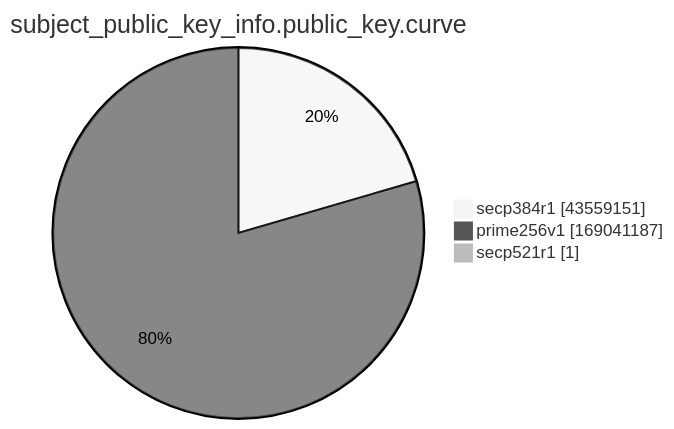
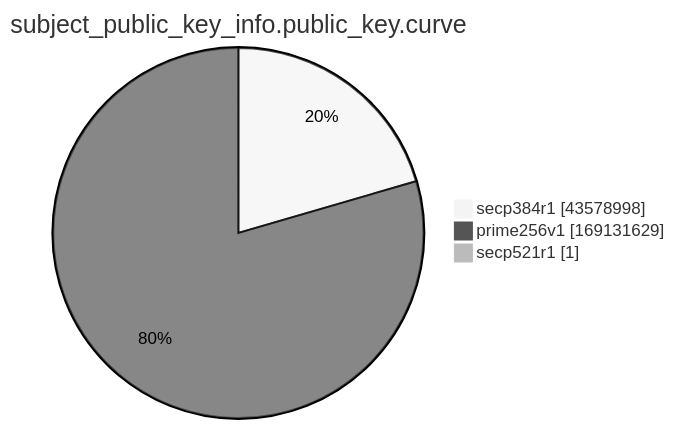
One commit to christiankrug/ctmonitor_visualization changed the ninth of 15 diagrams in xenon2022/README.md. Above: the diagram before and after it, drawn with Mermaid (neutral theme). The commit also changed other lines of this file, not shown here.

````diff
--- a/xenon2022/README.md
+++ b/xenon2022/README.md
@@ -2870,7 +2870,7 @@
 ```mermaid
 pie showData
 title subject_public_key_info.public_key.curve
-"secp384r1" :43559151
-"prime256v1" :169041187
+"secp384r1" :43578998
+"prime256v1" :169131629
 "secp521r1" :1
 ```
````
